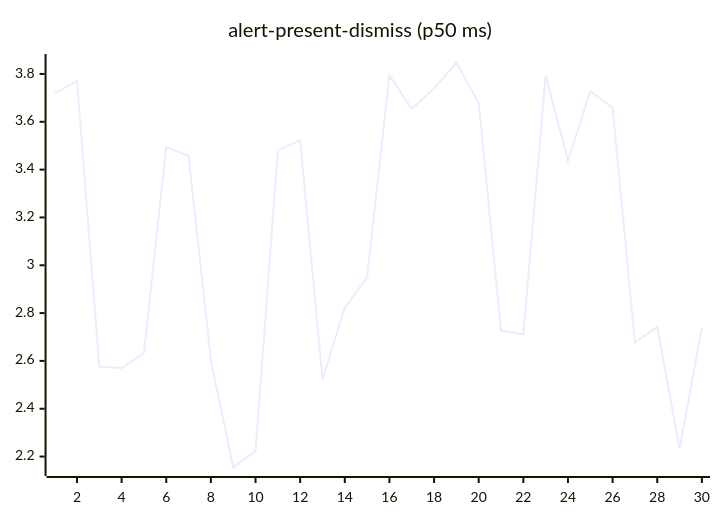
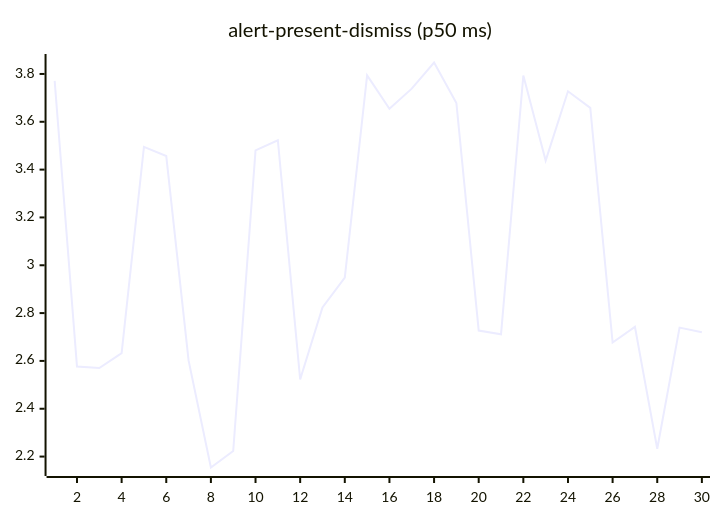
Before and after one commit to josha/Facet: the second of 27 diagrams in README.md, drawn with Mermaid. The commit also changed other lines of this file and 2 other files, not shown here.

````diff
--- a/README.md
+++ b/README.md
@@ -70,6 +70,6 @@
 ```mermaid
 xychart-beta
     title "alert-present-dismiss (p50 ms)"
     x-axis 1 --> 30
-    line [3.7187, 3.7708, 2.5766, 2.5704, 2.6324, 3.4949, 3.4566, 2.6019, 2.1543, 2.2230, 3.4803, 3.5227, 2.5229, 2.8233, 2.9484, 3.7942, 3.6546, 3.7386, 3.8479, 3.6788, 2.7270, 2.7111, 3.7936, 3.4376, 3.7274, 3.6582, 2.6769, 2.7425, 2.2328, 2.7393]
+    line [3.7708, 2.5766, 2.5704, 2.6324, 3.4949, 3.4566, 2.6019, 2.1543, 2.2230, 3.4803, 3.5227, 2.5229, 2.8233, 2.9484, 3.7942, 3.6546, 3.7386, 3.8479, 3.6788, 2.7270, 2.7111, 3.7936, 3.4376, 3.7274, 3.6582, 2.6769, 2.7425, 2.2328, 2.7393, 2.7195]
 ```
````
